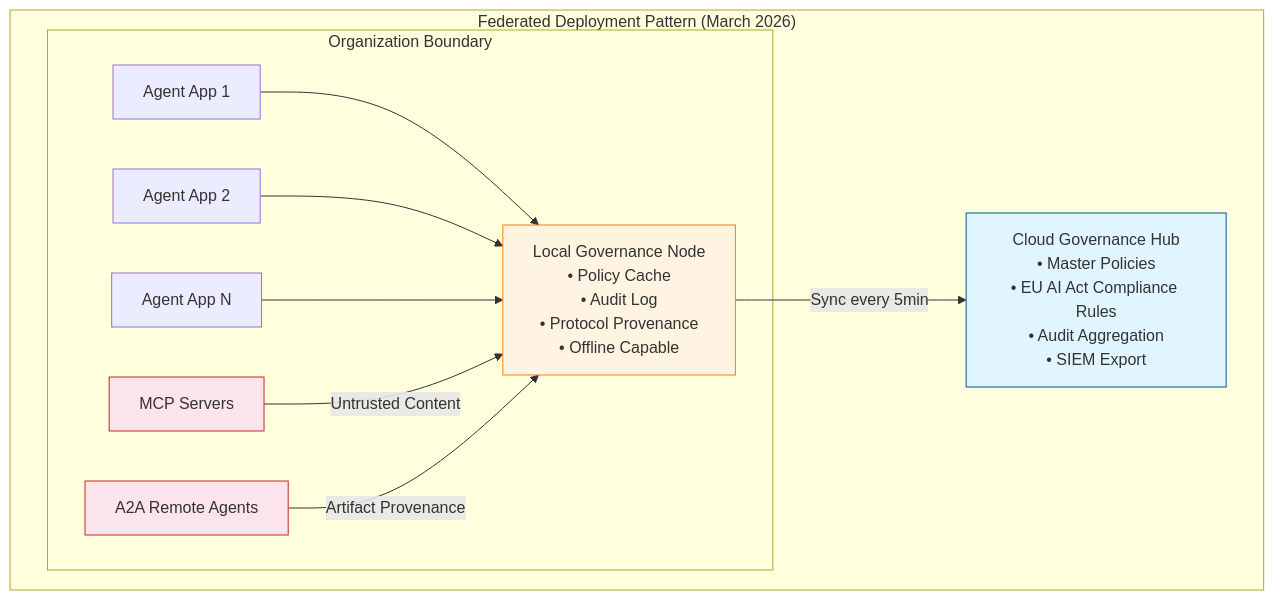
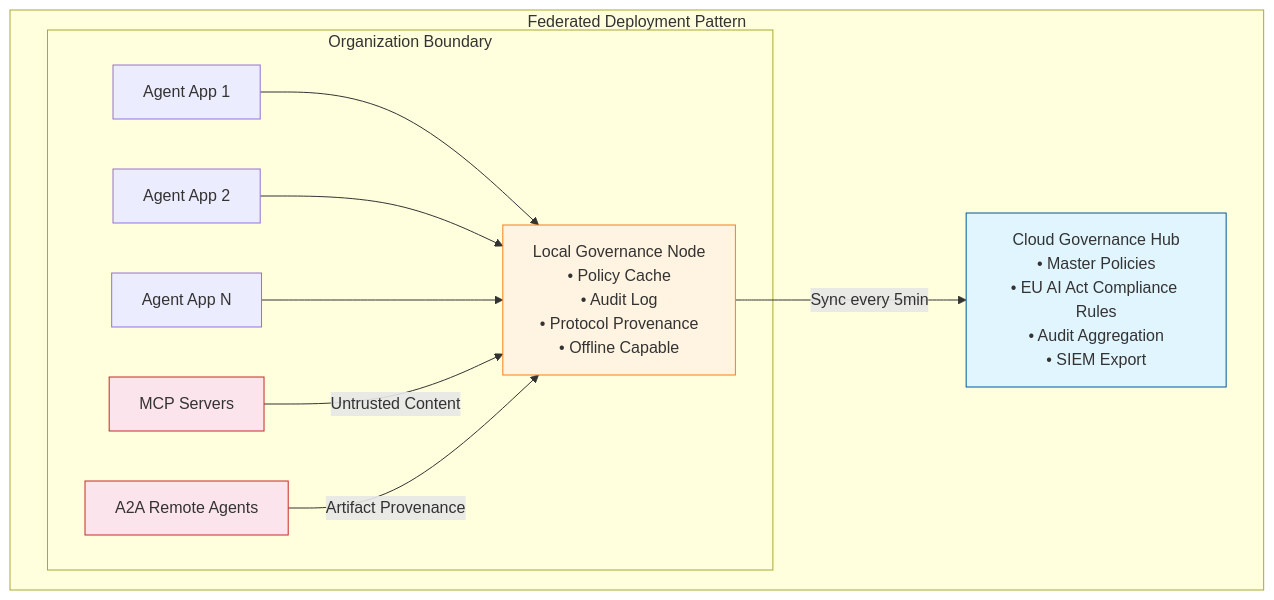
Before and after one commit to MihaiCiprianChezan/Constitutional-memory-for-AI-agents: the first of 4 diagrams in README.md, drawn with Mermaid. The commit also changed other lines of this file, not shown here.

First line of the commit message:
docs: v2.1 — realign to the Digital Omnibus AI Act timeline and MCP 2026-07-28

````diff
--- a/README.md
+++ b/README.md
@@ -299,27 +303,27 @@
 ```mermaid
 graph TB
-    subgraph "Federated Deployment Pattern (March 2026)"
+    subgraph "Federated Deployment Pattern"
         subgraph Org["Organization Boundary"]
             App1[Agent App 1]
             App2[Agent App 2]
             App3[Agent App N]
             MCP1[MCP Servers]
             A2A1[A2A Remote Agents]
             LocalGov["Local Governance Node<br/>• Policy Cache<br/>• Audit Log<br/>• Protocol Provenance<br/>• Offline Capable"]
         end
         
         Cloud["Cloud Governance Hub<br/>• Master Policies<br/>• EU AI Act Compliance Rules<br/>• Audit Aggregation<br/>• SIEM Export"]
         
         App1 --> LocalGov
         App2 --> LocalGov
         App3 --> LocalGov
         MCP1 -->|Untrusted Content| LocalGov
         A2A1 -->|Artifact Provenance| LocalGov
         LocalGov -->|Sync every 5min| Cloud
     end
     
     style LocalGov fill:#fff4e1,stroke:#f57f17
     style Cloud fill:#e1f5ff,stroke:#01579b
     style MCP1 fill:#fce4ec,stroke:#c62828
     style A2A1 fill:#fce4ec,stroke:#c62828
 ```
````
